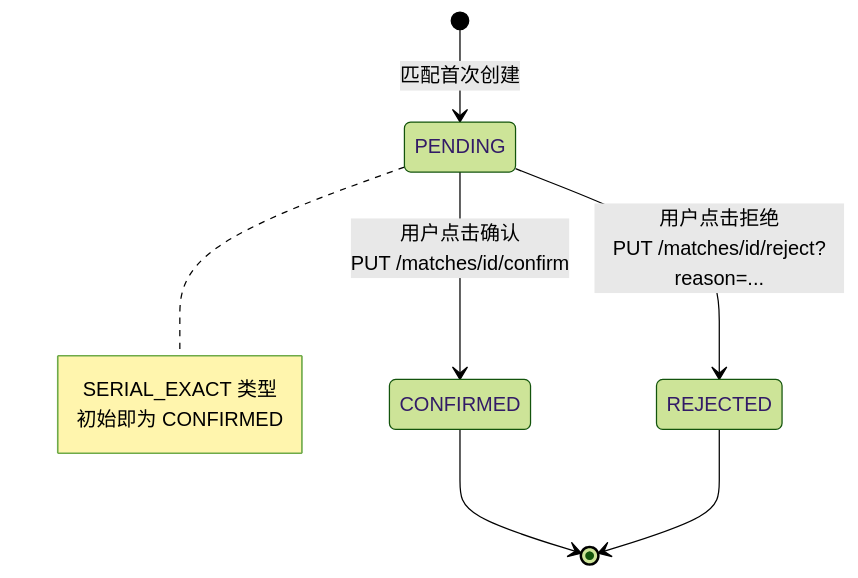
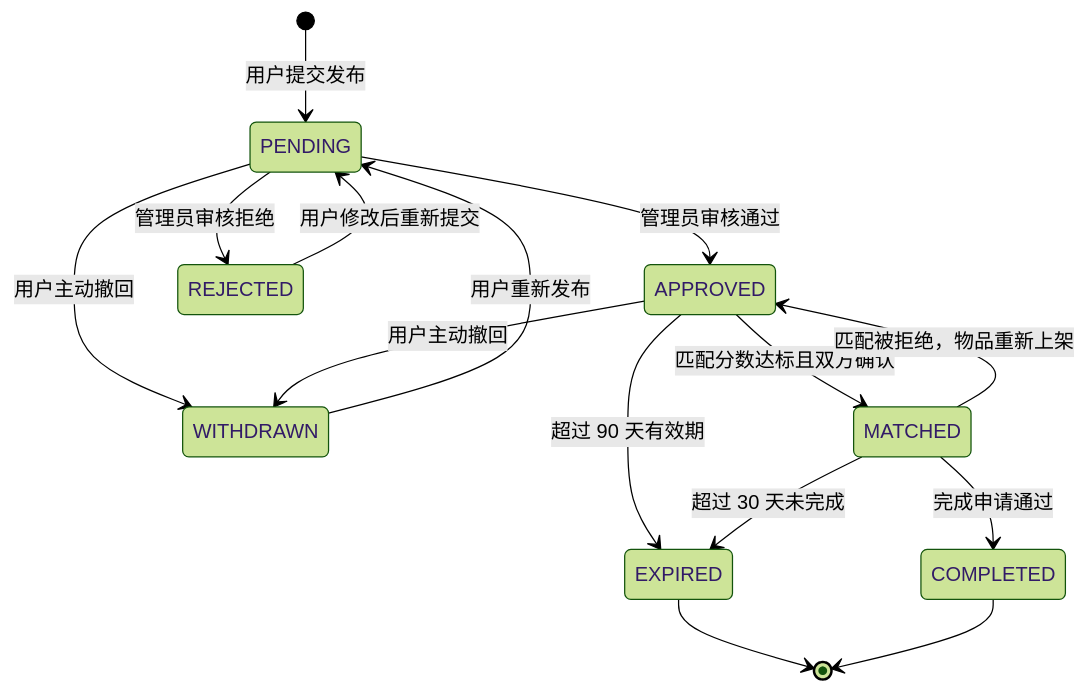
Diagram 20 of 29 in docs/项目图表.md (zwj-3193655211/campus-LostandFound), drawn with Mermaid (forest theme) before and after one commit. The commit also changed other lines of this file and 51 other files, not shown here.

````diff
--- a/docs/项目图表.md
+++ b/docs/项目图表.md
@@ -945,9 +1084,20 @@
 ```mermaid
 stateDiagram-v2
-    [*] --> PENDING : 匹配首次创建
-    PENDING --> CONFIRMED : 用户点击确认<br/>PUT /matches/id/confirm
-    PENDING --> REJECTED : 用户点击拒绝<br/>PUT /matches/id/reject?reason=...
-    CONFIRMED --> [*]
-    REJECTED --> [*]
-    note right of PENDING : SERIAL_EXACT 类型<br/>初始即为 CONFIRMED
+    [*] --> PENDING: 用户提交发布
+    PENDING --> APPROVED: 管理员审核通过
+    PENDING --> REJECTED: 管理员审核拒绝
+    PENDING --> WITHDRAWN: 用户主动撤回
+
+    APPROVED --> MATCHED: 匹配分数达标且双方确认
+    APPROVED --> EXPIRED: 超过 90 天有效期
+    APPROVED --> WITHDRAWN: 用户主动撤回
+
+    MATCHED --> COMPLETED: 完成申请通过
+    MATCHED --> APPROVED: 匹配被拒绝，物品重新上架
+    MATCHED --> EXPIRED: 超过 30 天未完成
+
+    REJECTED --> PENDING: 用户修改后重新提交
+    WITHDRAWN --> PENDING: 用户重新发布
+    EXPIRED --> [*]
+    COMPLETED --> [*]
 ```
````
